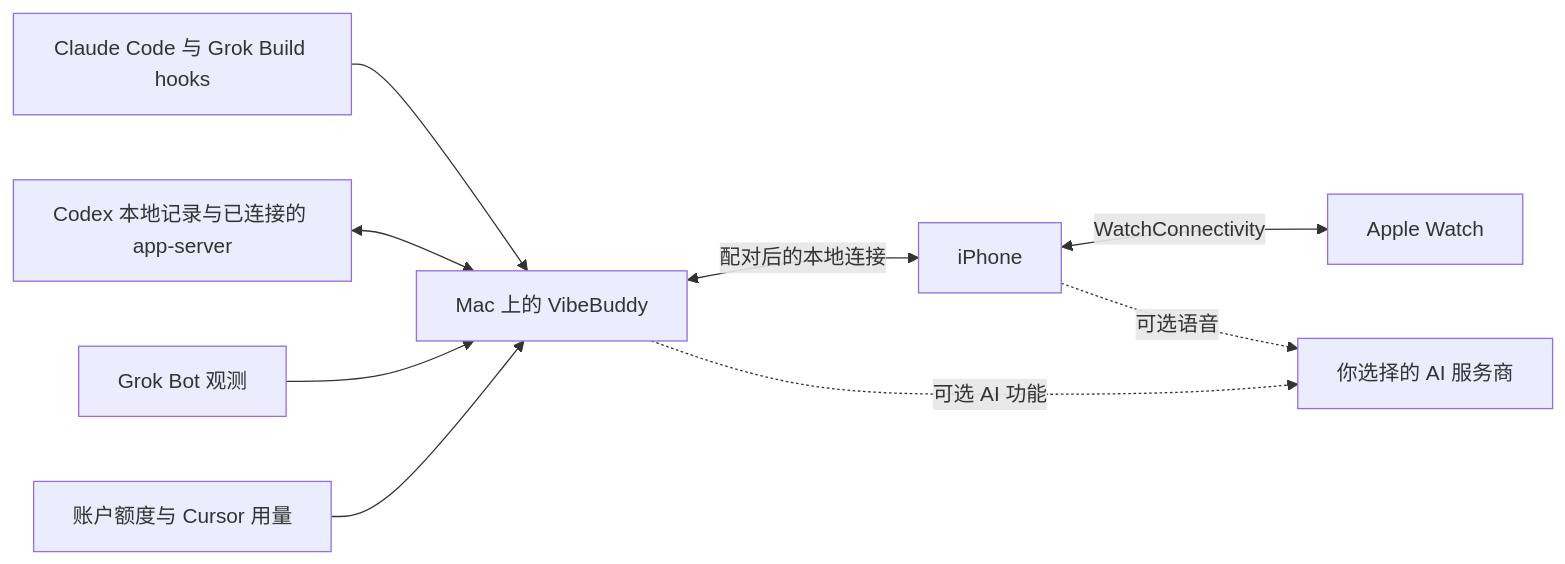
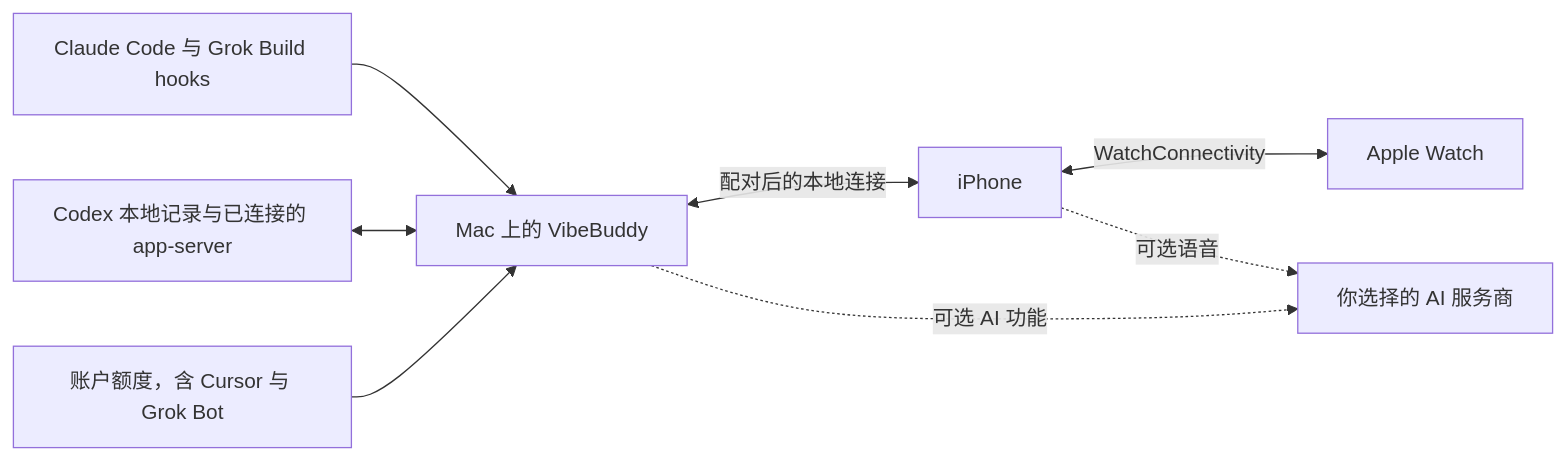
The diagram in README.zh-CN.md (semantic-craft/iOS-vibebuddy), drawn with Mermaid before and after one commit. The commit also changed other lines of this file and 43 other files, not shown here.

````diff
--- a/README.zh-CN.md
+++ b/README.zh-CN.md
@@ -109,11 +109,10 @@
 ```mermaid
 flowchart LR
     A[Claude Code 与 Grok Build hooks] --> M[Mac 上的 VibeBuddy]
     C[Codex 本地记录与已连接的 app-server] <--> M
-    B[Grok Bot 观测] --> M
-    U[账户额度与 Cursor 用量] --> M
+    U[账户额度，含 Cursor 与 Grok Bot] --> M
     M <-->|配对后的本地连接| P[iPhone]
     P <-->|WatchConnectivity| W[Apple Watch]
     M -. 可选 AI 功能 .-> V[你选择的 AI 服务商]
     P -. 可选语音 .-> V
 ```
````
